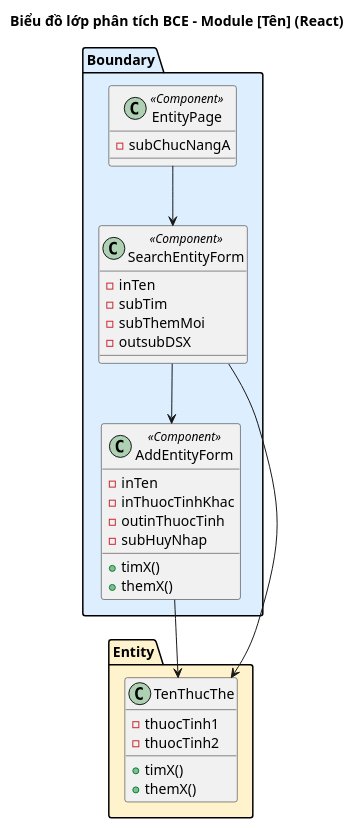
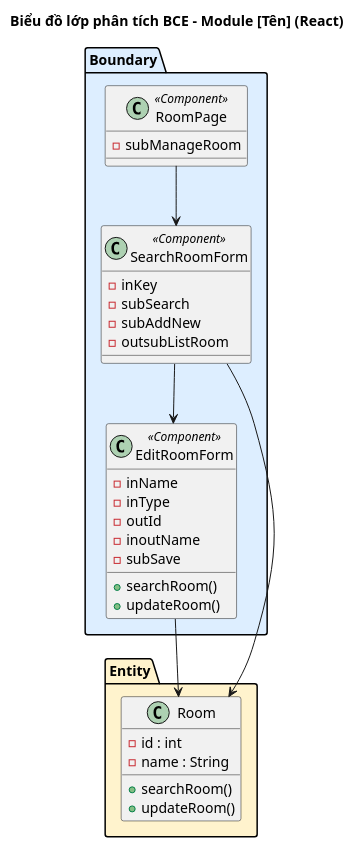
The second of 2 diagrams in .claude/skills/cnpm/references/ii.3_sodo_lop_phantich.md (thanhtrnnn/cnpm), drawn with PlantUML before and after one commit. The commit also changed other lines of this file and 15 other files, not shown here.

First line of the commit message:
fix: PlantUML theme v2 — hide C/A icons, tighten spacing, add layout rules

````diff
--- a/.claude/skills/cnpm/references/ii.3_sodo_lop_phantich.md
+++ b/.claude/skills/cnpm/references/ii.3_sodo_lop_phantich.md
@@ -94,39 +103,40 @@
 ```plantuml
 @startuml
 title Biểu đồ lớp phân tích BCE – Module [Tên] (React)
 
 package "Boundary" #DDEEFF {
-  class EntityPage <<Component>> {
-    -subChucNangA
+  class RoomPage <<Component>> {
+    -subManageRoom
   }
-  class SearchEntityForm <<Component>> {
-    -inTen
-    -subTim
-    -subThemMoi
-    -outsubDSX
+  class SearchRoomForm <<Component>> {
+    -inKey
+    -subSearch
+    -subAddNew
+    -outsubListRoom
   }
-  class AddEntityForm <<Component>> {
-    -inTen
-    -inThuocTinhKhac
-    -outinThuocTinh
-    -subHuyNhap
-    +timX()
-    +themX()
+  class EditRoomForm <<Component>> {
+    -inName
+    -inType
+    -outId
+    -inoutName
+    -subSave
+    +searchRoom()
+    +updateRoom()
   }
 }
 
 package "Entity" #FFF3CD {
-  class TenThucThe {
-    -thuocTinh1
-    -thuocTinh2
-    +timX()
-    +themX()
+  class Room {
+    -id : int
+    -name : String
+    +searchRoom()
+    +updateRoom()
   }
 }
 
-EntityPage --> SearchEntityForm
-SearchEntityForm --> AddEntityForm
-SearchEntityForm --> TenThucThe
-AddEntityForm --> TenThucThe
+RoomPage --> SearchRoomForm
+SearchRoomForm --> EditRoomForm
+SearchRoomForm --> Room
+EditRoomForm --> Room
 @enduml
 ```
````
